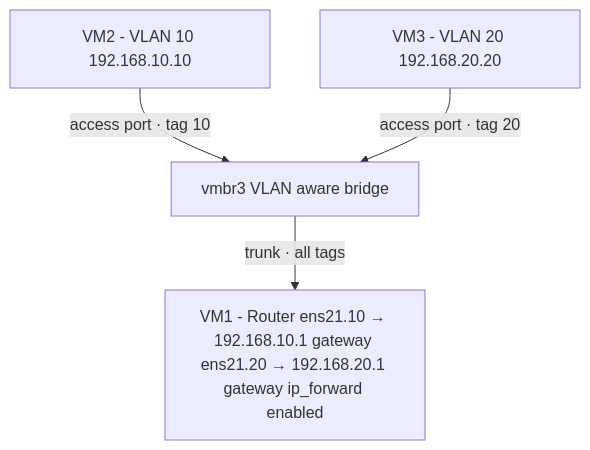
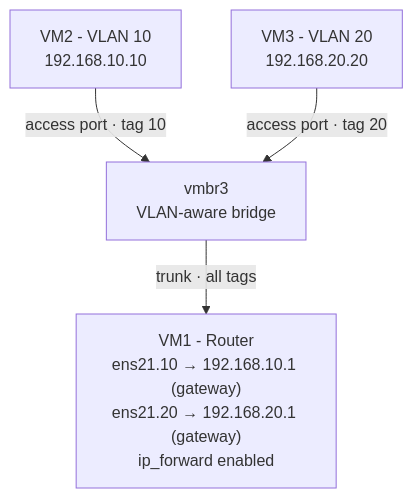
Before and after one commit to AnthonyQ04/proxmox-network-lab: the diagram in README.md, drawn with Mermaid. The commit also changed other lines of this file, not shown here.

Commit message:
Improve readability of routing scenario descriptions
Updated diagram labels for better readability.

````diff
--- a/README.md
+++ b/README.md
@@ -22,11 +22,11 @@
 ```mermaid
 graph TD
-    VM2["VM2 - VLAN 10 192.168.10.10"]
-    VM3["VM3 - VLAN 20 192.168.20.20"]
-    BR["vmbr3 VLAN aware bridge"]
-    VM1["VM1 - Router ens21.10 → 192.168.10.1 gateway ens21.20 → 192.168.20.1 gateway ip_forward enabled"]
+    VM2["VM2 - VLAN 10<br/>192.168.10.10"]
+    VM3["VM3 - VLAN 20<br/>192.168.20.20"]
+    BR["vmbr3<br/>VLAN-aware bridge"]
+    VM1["VM1 - Router<br/>ens21.10 → 192.168.10.1 (gateway)<br/>ens21.20 → 192.168.20.1 (gateway)<br/>ip_forward enabled"]
 
     VM2 -->|"access port · tag 10"| BR
     VM3 -->|"access port · tag 20"| BR
     BR -->|"trunk · all tags"| VM1
 ```
````
